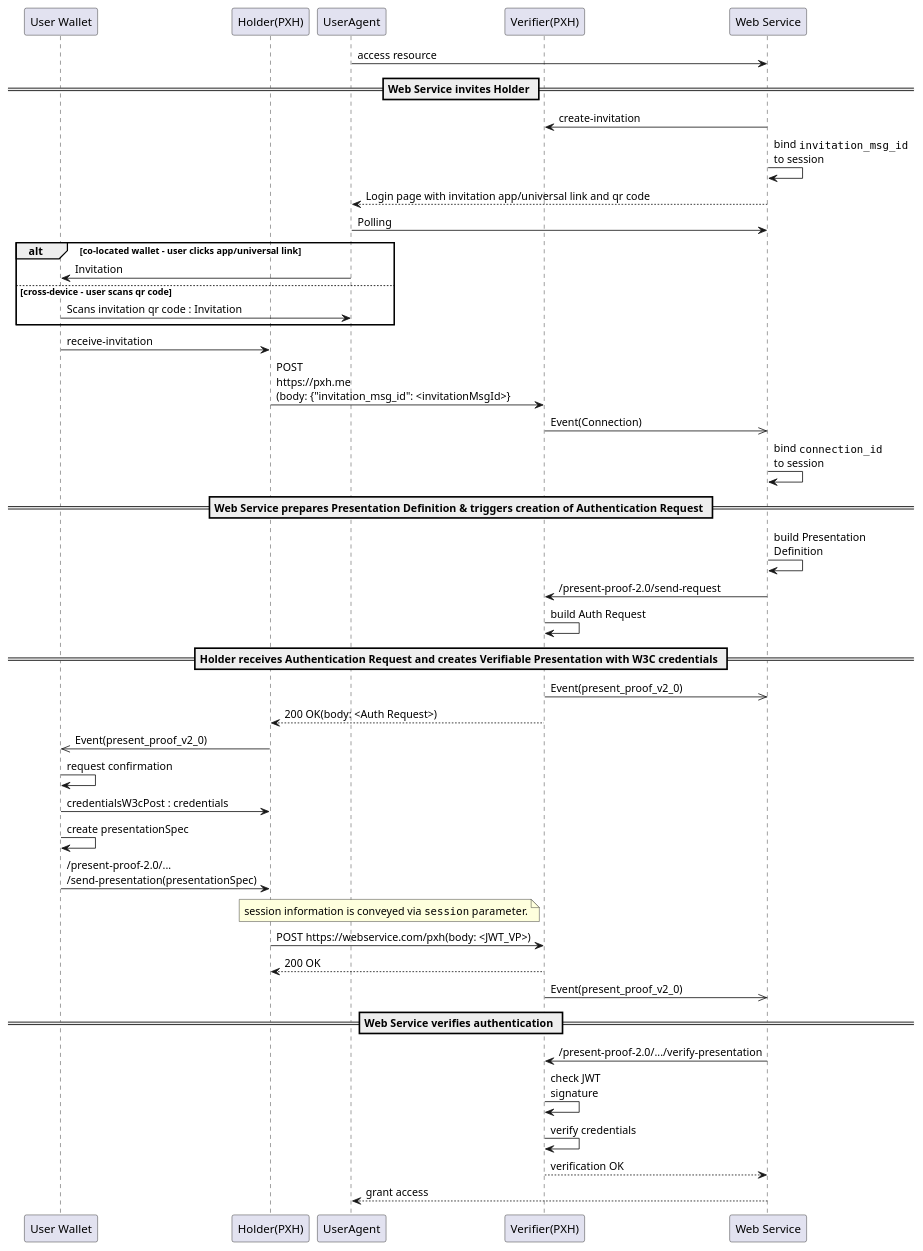
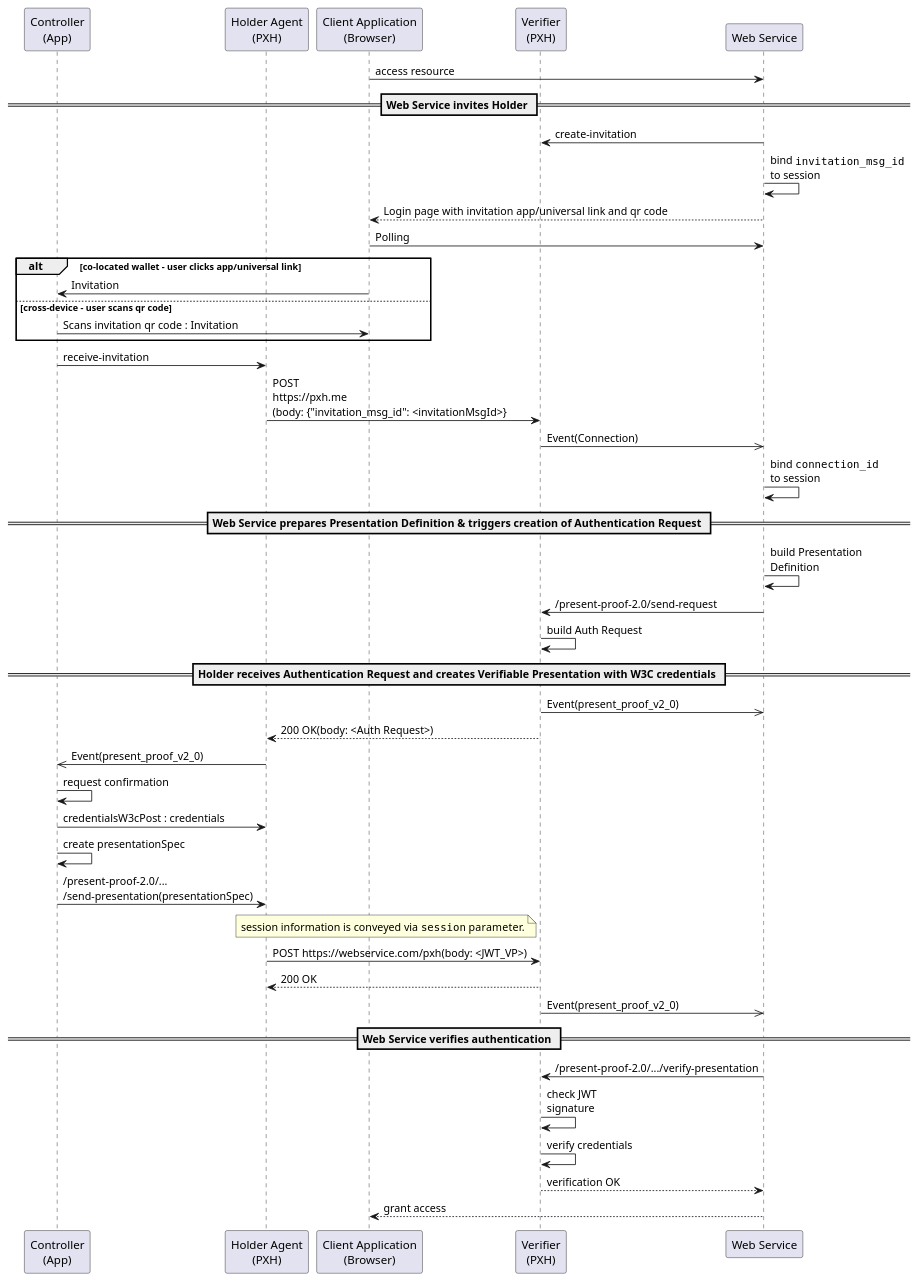
Before and after one commit to gematik/poc-fue-presentationExchangeOverHttp: the diagram in aca-py_how-to.adoc, drawn with PlantUML. The commit also changed other lines of this file, not shown here.

Commit message:
renamed participants to make flow less confusing

```diff
--- a/aca-py_how-to.adoc
+++ b/aca-py_how-to.adoc
@@ -95,65 +95,65 @@
 [plantuml]
 ----
 @startuml
 'https://plantuml.com/sequence-diagram
 
 skinparam BoxPadding 10
 
-participant "User Wallet" as User
-participant "Holder(PXH)" as HolderAgent
-participant UserAgent
-participant "Verifier(PXH)" as VerifierAgent
+participant "Controller\n(App)" as controller
+participant "Holder Agent\n(PXH)" as HolderAgent
+participant "Client Application\n(Browser)" as client
+participant "Verifier\n(PXH)" as VerifierAgent
 participant "Web Service" as webservice
 
 
-UserAgent -> webservice : access resource
+client -> webservice : access resource
 
 == Web Service invites Holder ==
 
 webservice  -> VerifierAgent : create-invitation
 webservice  -> webservice    : bind ""invitation_msg_id""\nto session
-webservice --> UserAgent     : Login page with invitation app/universal link and qr code
-UserAgent   -> webservice    : Polling
+webservice --> client        : Login page with invitation app/universal link and qr code
+client      -> webservice    : Polling
 
 alt co-located wallet - user clicks app/universal link
-    UserAgent -> User : Invitation
+    client -> controller : Invitation
 else cross-device - user scans qr code
-    User -> UserAgent : Scans invitation qr code : Invitation
+    controller -> client : Scans invitation qr code : Invitation
 end
 
-User           -> HolderAgent   : receive-invitation
+controller     -> HolderAgent   : receive-invitation
 HolderAgent    -> VerifierAgent : POST\nhttps://pxh.me\n(body: {"invitation_msg_id": <invitationMsgId>}
 VerifierAgent ->> webservice    : Event(Connection)
 webservice     -> webservice    : bind ""connection_id""\nto session
 
 == Web Service prepares Presentation Definition & triggers creation of Authentication Request ==
 
 webservice    -> webservice    : build Presentation\nDefinition
 webservice    -> VerifierAgent : /present-proof-2.0/send-request
 VerifierAgent -> VerifierAgent : build Auth Request
 
 == Holder receives Authentication Request and creates Verifiable Presentation with W3C credentials ==
 
 VerifierAgent ->> webservice    : Event(present_proof_v2_0)
 HolderAgent   <-- VerifierAgent : 200 OK(body: <Auth Request>)
-HolderAgent   ->> User          : Event(present_proof_v2_0)
-User           -> User          : request confirmation
-User           -> HolderAgent   : credentialsW3cPost : credentials
-User           -> User          : create presentationSpec
-User           -> HolderAgent   : /present-proof-2.0/...\n/send-presentation(presentationSpec)
+HolderAgent   ->> controller    : Event(present_proof_v2_0)
+controller     -> controller    : request confirmation
+controller     -> HolderAgent   : credentialsW3cPost : credentials
+controller     -> controller    : create presentationSpec
+controller     -> HolderAgent   : /present-proof-2.0/...\n/send-presentation(presentationSpec)
 note left of VerifierAgent : session information is conveyed via ""session"" parameter.
 
 HolderAgent   ->  VerifierAgent : POST https://webservice.com/pxh(body: <JWT_VP>)
 HolderAgent   <-- VerifierAgent : 200 OK
 VerifierAgent ->> webservice    : Event(present_proof_v2_0)
 
 == Web Service verifies authentication ==
 
 webservice     -> VerifierAgent : /present-proof-2.0/.../verify-presentation
 VerifierAgent  -> VerifierAgent : check JWT\nsignature
 VerifierAgent  -> VerifierAgent : verify credentials
 webservice    <-- VerifierAgent : verification OK
-UserAgent     <-- webservice    : grant access
+client        <-- webservice    : grant access
 
 @enduml
 ----
```
